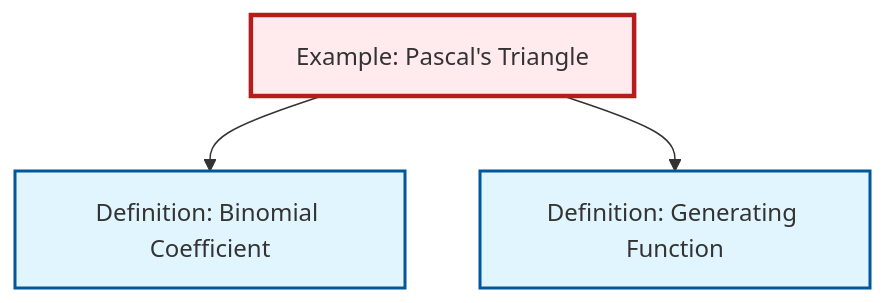
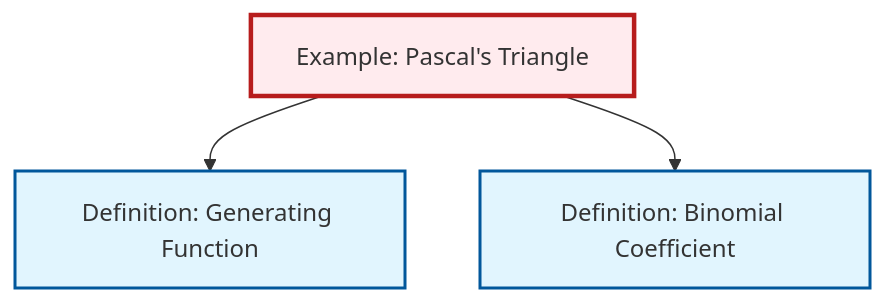
One commit to RK0429/ModernMath changed the diagram in content/ja/combinatorics/ex-pascals-triangle.qmd. Above: the diagram before and after it, drawn with Mermaid. The commit also changed other lines of this file and 619 other files, not shown here.

````diff
--- a/content/ja/combinatorics/ex-pascals-triangle.qmd
+++ b/content/ja/combinatorics/ex-pascals-triangle.qmd
@@ -73,17 +73,17 @@
 ```{mermaid}
 %%| fig-cap: "Local dependency graph"
 graph TD
     classDef definition fill:#e1f5fe,stroke:#01579b,stroke-width:2px
     classDef theorem fill:#f3e5f5,stroke:#4a148c,stroke-width:2px
     classDef axiom fill:#fff3e0,stroke:#e65100,stroke-width:2px
     classDef example fill:#e8f5e9,stroke:#1b5e20,stroke-width:2px
     classDef current fill:#ffebee,stroke:#b71c1c,stroke-width:3px
+    def-binomial-coefficient["Definition: Binomial Coefficient"]:::definition
     def-generating-function["Definition: Generating Function"]:::definition
-    def-binomial-coefficient["Definition: Binomial Coefficient"]:::definition
     ex-pascals-triangle["Example: Pascal's Triangle"]:::example
+    ex-pascals-triangle --> def-generating-function
     ex-pascals-triangle --> def-binomial-coefficient
-    ex-pascals-triangle --> def-generating-function
     class ex-pascals-triangle current
+    click def-binomial-coefficient "def-binomial-coefficient.html" "Definition: Binomial Coefficientへ"
     click def-generating-function "def-generating-function.html" "Definition: Generating Functionへ"
-    click def-binomial-coefficient "def-binomial-coefficient.html" "Definition: Binomial Coefficientへ"
 ```
````
